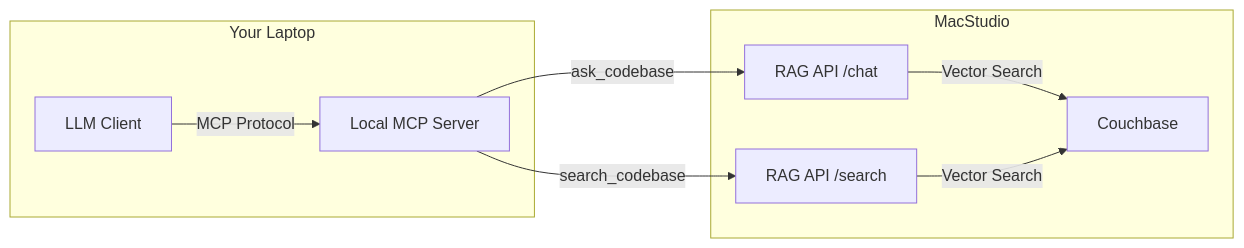
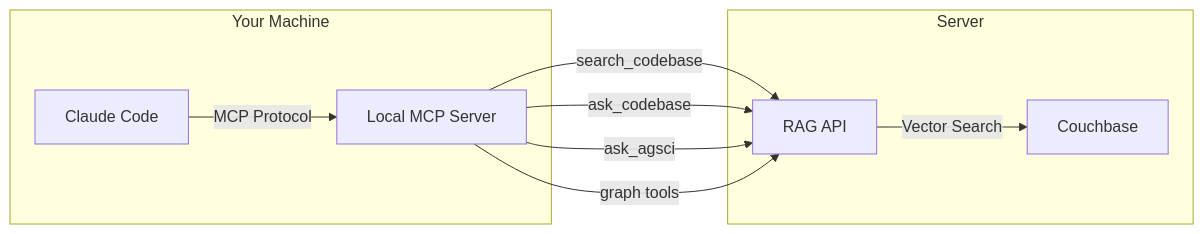
The diagram in services/mcp-server/README.md (kbhalerao/code-smriti), drawn with Mermaid before and after one commit. The commit also changed other lines of this file and 3 other files, not shown here.

First line of the commit message:
fix(mcp-server): recover venv and restore credentials after distro upgrade

````diff
--- a/services/mcp-server/README.md
+++ b/services/mcp-server/README.md
@@ -8,19 +7,19 @@
 ```mermaid
 graph LR
-    A[LLM Client] -- MCP Protocol --> B[Local MCP Server]
-    B -- ask_codebase --> C[RAG API /chat]
-    B -- search_codebase --> D[RAG API /search]
-    C -- Vector Search --> E[Couchbase]
-    D -- Vector Search --> E
-    
-    subgraph "Your Laptop"
+    A[Claude Code] -- MCP Protocol --> B[Local MCP Server]
+    B -- search_codebase --> C[RAG API]
+    B -- ask_codebase --> C
+    B -- ask_agsci --> C
+    B -- graph tools --> C
+    C -- Vector Search --> D[Couchbase]
+
+    subgraph "Your Machine"
         A
         B
     end
-    
-    subgraph "MacStudio"
+
+    subgraph "Server"
         C
         D
-        E
     end
 ```
````
